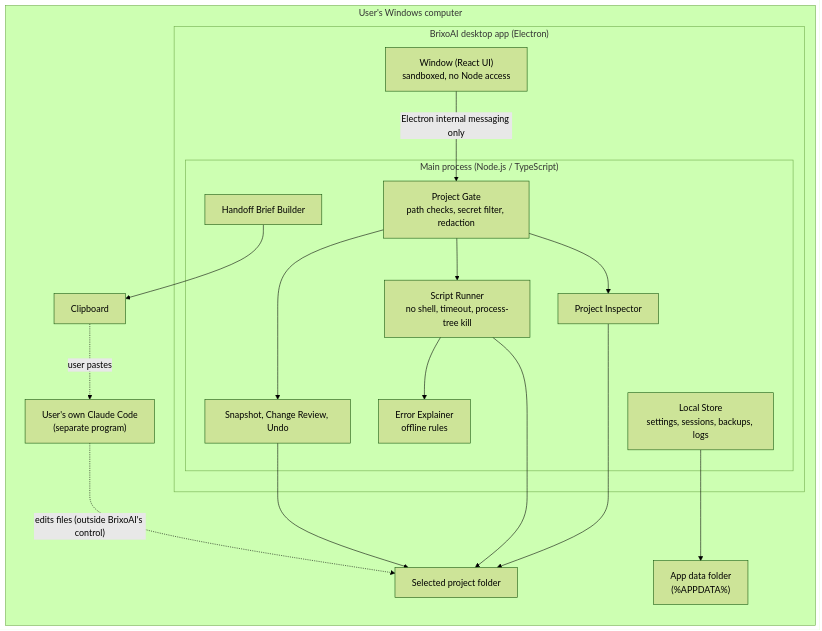
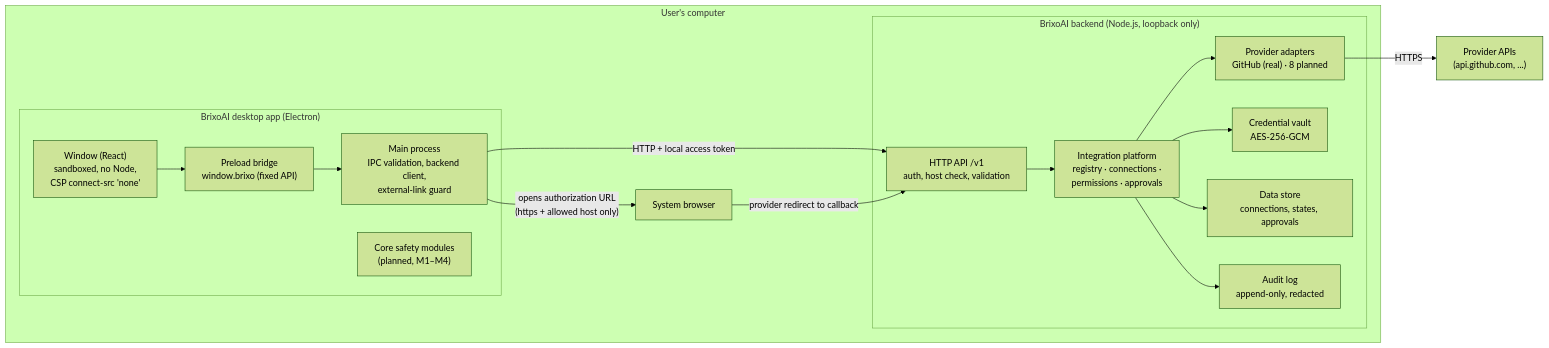
The first of 3 diagrams in docs/planning/ARCHITECTURE.md (The-enlit-dev/VibeHealAI), drawn with Mermaid (forest theme) before and after one commit. The commit also changed other lines of this file and 13 other files, not shown here.

First line of the commit message:
docs: record backend-managed integration marketplace decisions

````diff
--- a/docs/planning/ARCHITECTURE.md
+++ b/docs/planning/ARCHITECTURE.md
@@ -20,34 +29,31 @@
 ```mermaid
 flowchart LR
-  subgraph PC["User's Windows computer"]
-    subgraph App["BrixoAI desktop app (Electron)"]
-      UI["Window (React UI)<br/>sandboxed, no Node access"]
-      subgraph Main["Main process (Node.js / TypeScript)"]
-        GATE["Project Gate<br/>path checks, secret filter, redaction"]
-        INSPECT["Project Inspector"]
-        RUN["Script Runner<br/>no shell, timeout, process-tree kill"]
-        EXPLAIN["Error Explainer<br/>offline rules"]
-        SNAP["Snapshot, Change Review, Undo"]
-        BRIEF["Handoff Brief Builder"]
-        STORE["Local Store<br/>settings, sessions, backups, logs"]
-      end
+  subgraph PC["User's computer"]
+    subgraph Desktop["BrixoAI desktop app (Electron)"]
+      UI["Window (React)<br/>sandboxed, no Node,<br/>CSP connect-src 'none'"]
+      PRE["Preload bridge<br/>window.brixo (fixed API)"]
+      MAIN["Main process<br/>IPC validation, backend client,<br/>external-link guard"]
+      CORE["Core safety modules<br/>(planned, M1–M4)"]
     end
-    PROJECT["Selected project folder"]
-    DATA["App data folder<br/>(%APPDATA%)"]
-    CLIP["Clipboard"]
-    EXTAI["User's own Claude Code<br/>(separate program)"]
+    subgraph Backend["BrixoAI backend (Node.js, loopback only)"]
+      API["HTTP API /v1<br/>auth, host check, validation"]
+      PLAT["Integration platform<br/>registry · connections ·<br/>permissions · approvals"]
+      ADP["Provider adapters<br/>GitHub (real) · 8 planned"]
+      VAULT["Credential vault<br/>AES-256-GCM"]
+      STORE["Data store<br/>connections, states, approvals"]
+      AUDIT["Audit log<br/>append-only, redacted"]
+    end
+    BROWSER["System browser"]
   end
+  PROVIDERS["Provider APIs<br/>(api.github.com, ...)"]
 
-  UI -- "Electron internal messaging only" --> GATE
-  GATE --> INSPECT
-  GATE --> RUN
-  GATE --> SNAP
-  INSPECT --> PROJECT
-  RUN --> PROJECT
-  SNAP --> PROJECT
-  RUN --> EXPLAIN
-  BRIEF --> CLIP
-  STORE --> DATA
-  CLIP -. "user pastes" .-> EXTAI
-  EXTAI -. "edits files (outside BrixoAI's control)" .-> PROJECT
+  UI --> PRE --> MAIN
+  MAIN -- "HTTP + local access token" --> API
+  API --> PLAT --> ADP
+  PLAT --> VAULT
+  PLAT --> STORE
+  PLAT --> AUDIT
+  ADP -- "HTTPS" --> PROVIDERS
+  MAIN -- "opens authorization URL<br/>(https + allowed host only)" --> BROWSER
+  BROWSER -- "provider redirect to callback" --> API
 ```
````
